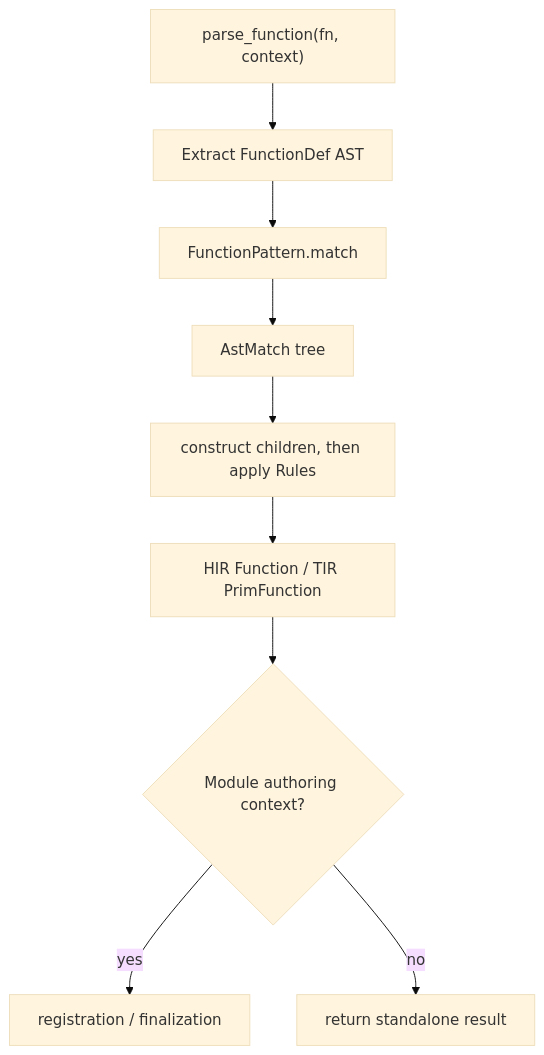
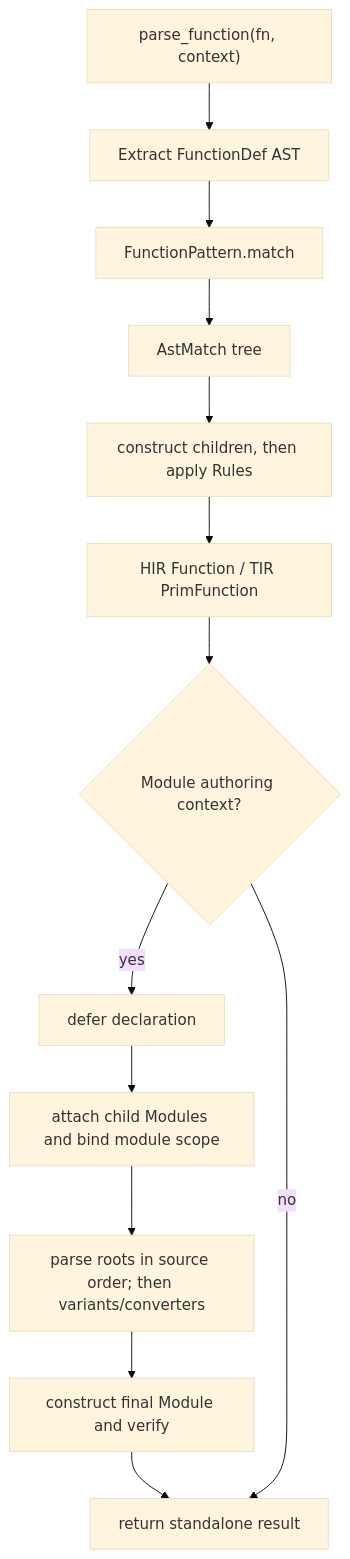
One commit to tile-ai/TileFoundry changed the second of 2 diagrams in docs/spec/parser.md. Above: the diagram before and after it, drawn with Mermaid (base theme). The commit also changed other lines of this file, not shown here.

Commit message:
docs(parser): describe two-phase module authoring

````diff
--- a/docs/spec/parser.md
+++ b/docs/spec/parser.md
@@ -265,11 +268,15 @@
 ```mermaid
 flowchart TD
     API["parse_function(fn, context)"] --> AST["Extract FunctionDef AST"]
     AST --> ROOT["FunctionPattern.match"]
     ROOT --> TREE["AstMatch tree"]
     TREE --> BACKWARD["construct children, then apply Rules"]
     BACKWARD --> FUNCTION["HIR Function / TIR PrimFunction"]
     FUNCTION --> MODULE{"Module authoring context?"}
-    MODULE -->|yes| FINALIZE["registration / finalization"]
+    MODULE -->|yes| FINALIZE["defer declaration"]
+    FINALIZE --> CHILDREN["attach child Modules and bind module scope"]
+    CHILDREN --> ORDERED["parse roots in source order; then variants/converters"]
+    ORDERED --> BUILT["construct final Module and verify"]
+    BUILT --> RETURN
     MODULE -->|no| RETURN["return standalone result"]
 ```
````
